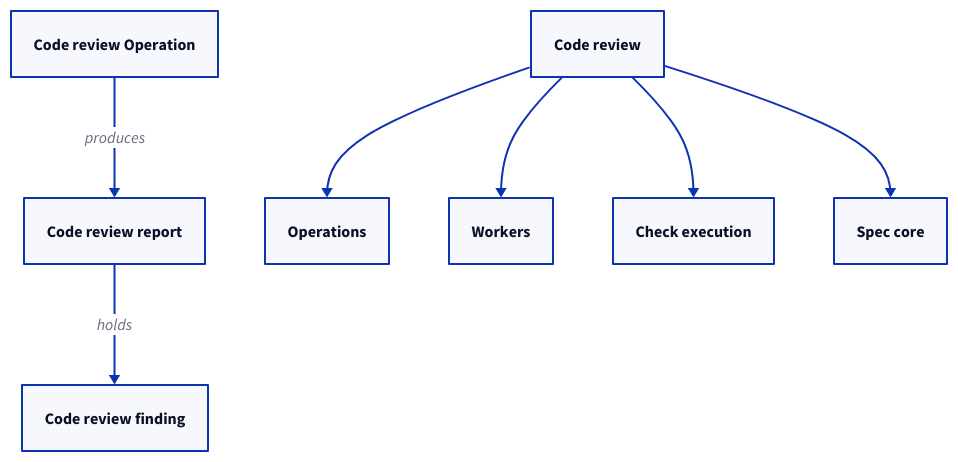
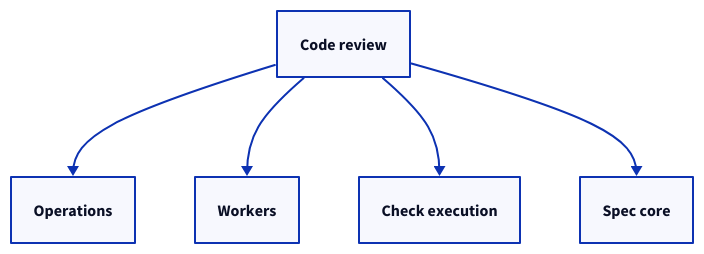
One commit to FTOD/concorde changed the third of 3 diagrams in specs/concorde/operations/code-review/module.md. Above: the diagram before and after it, drawn with D2. The commit also changed other lines of this file and 21 other files, not shown here.

First line of the commit message:
Rewrite every Module entry with diagrams and an implementation overview

````diff
--- a/specs/concorde/operations/code-review/module.md
+++ b/specs/concorde/operations/code-review/module.md
@@ -133,16 +132,11 @@
 ```d2
-op: Code review Operation
-review: Code review report
-finding: Code review finding
 codereview: Code review
 operations: Operations
 workers: Workers
 checks: Check execution
 spec: Spec core
-op -> review: produces
-review -> finding: holds
 codereview -> operations
 codereview -> workers
 codereview -> checks
 codereview -> spec
 ```
````
